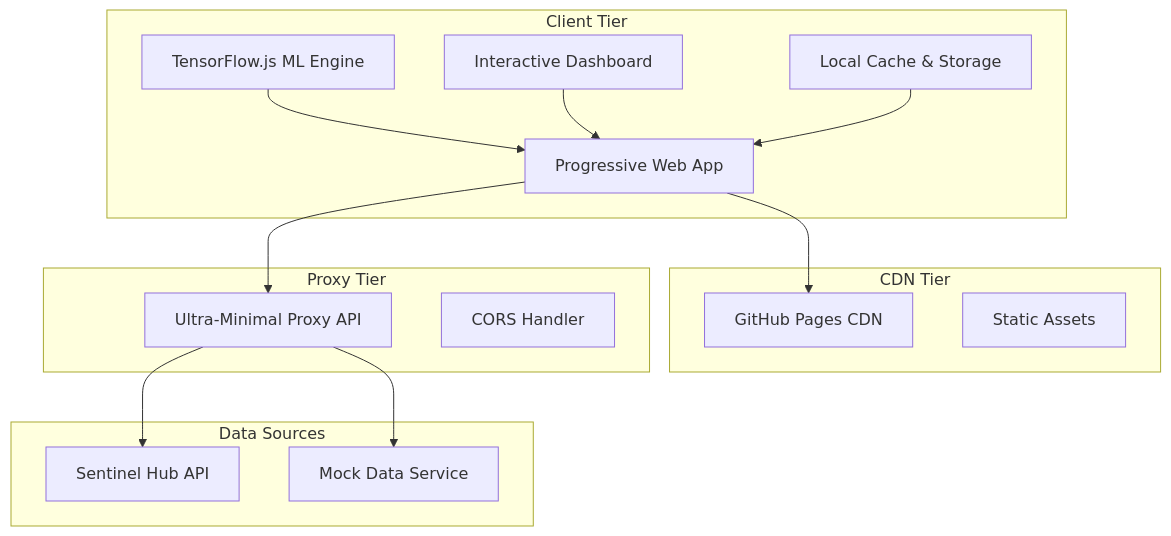
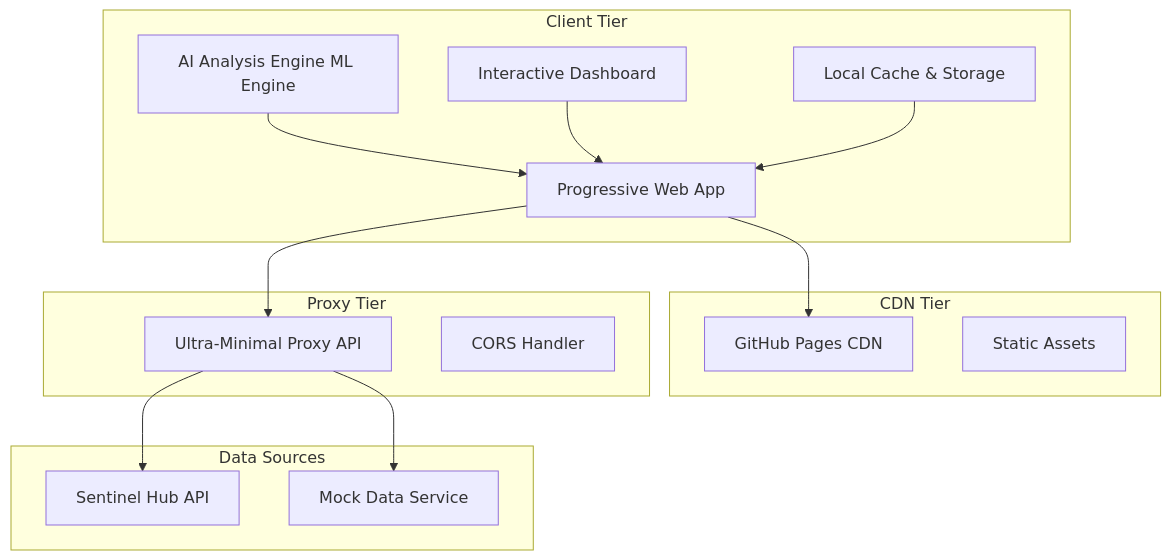
One commit to djyalu/sat_chat changed the diagram in docs/ARCHITECTURE.md. Above: the diagram before and after it, drawn with Mermaid. The commit also changed other lines of this file and 9 other files, not shown here.

````diff
--- a/docs/ARCHITECTURE.md
+++ b/docs/ARCHITECTURE.md
@@ -28,32 +28,32 @@
 ```mermaid
 graph TB
     subgraph "Client Tier"
         PWA[Progressive Web App]
-        TF[TensorFlow.js ML Engine]
+        TF[AI Analysis Engine ML Engine]
         UI[Interactive Dashboard]
         Cache[Local Cache & Storage]
     end
     
     subgraph "CDN Tier"
         GH[GitHub Pages CDN]
         Static[Static Assets]
     end
     
     subgraph "Proxy Tier"
         API[Ultra-Minimal Proxy API]
         CORS[CORS Handler]
     end
     
     subgraph "Data Sources"
         Sentinel[Sentinel Hub API]
         Mock[Mock Data Service]
     end
     
     PWA --> GH
     PWA --> API
     API --> Sentinel
     API --> Mock
     TF --> PWA
     UI --> PWA
     Cache --> PWA
 ```
````
